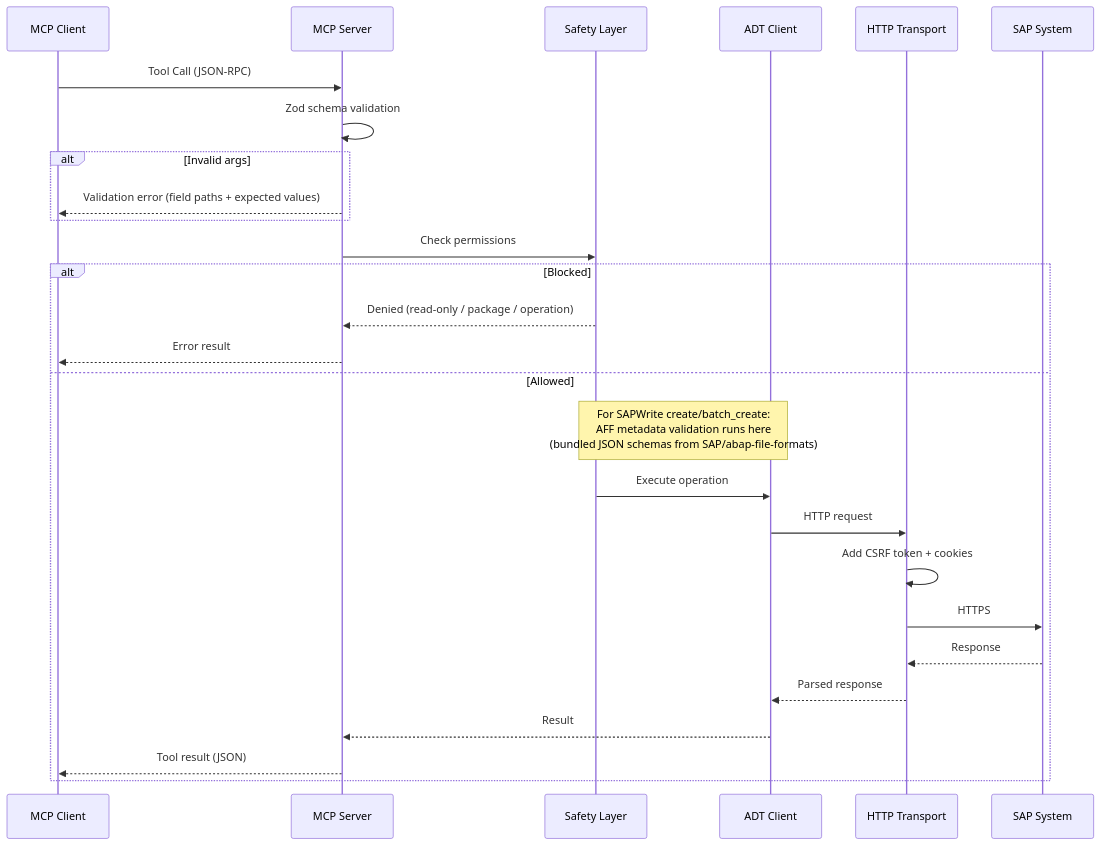
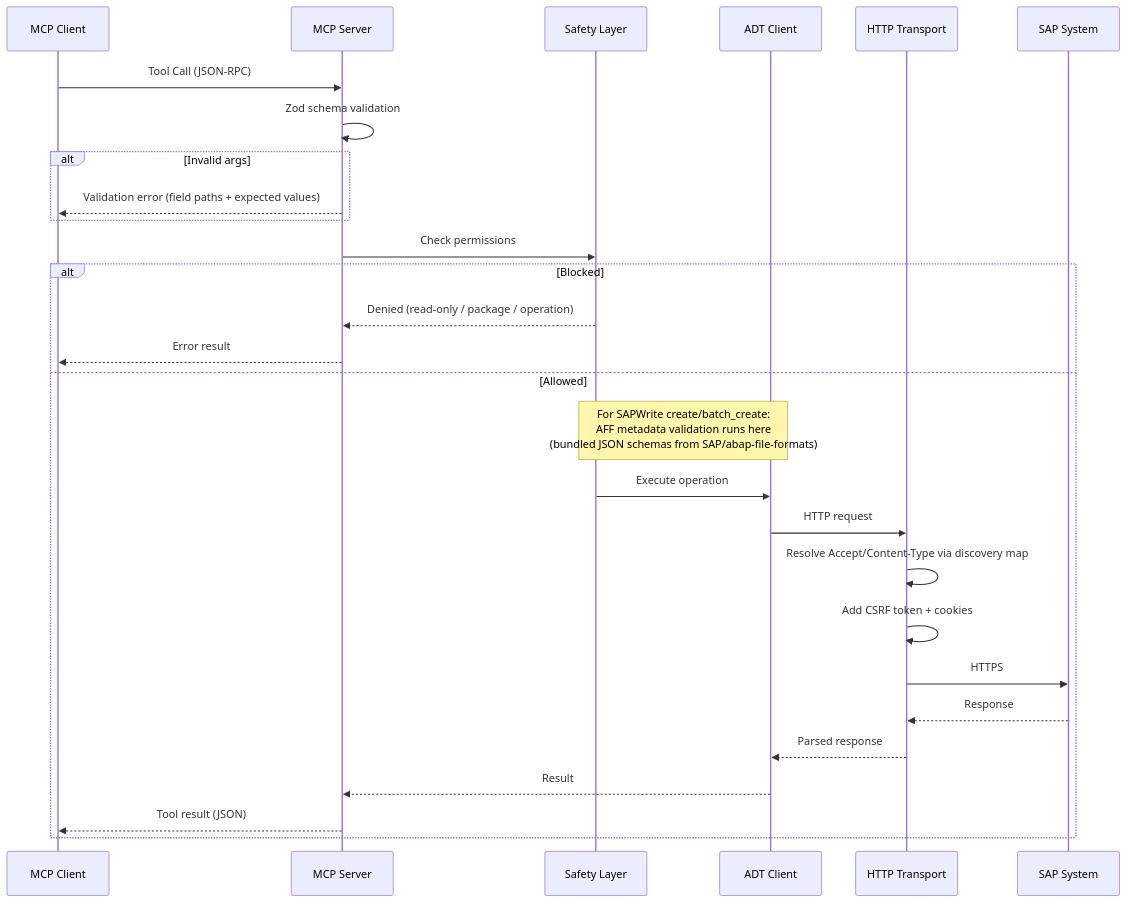
One commit to marianfoo/arc-1 changed the second of 7 diagrams in docs/architecture.md. Above: the diagram before and after it, drawn with Mermaid. The commit also changed other lines of this file and 17 other files, not shown here.

````diff
--- a/docs/architecture.md
+++ b/docs/architecture.md
@@ -79,31 +79,32 @@
 ```mermaid
 sequenceDiagram
     participant Client as MCP Client
     participant Server as MCP Server
     participant Safety as Safety Layer
     participant ADT as ADT Client
     participant HTTP as HTTP Transport
     participant SAP as SAP System
 
     Client->>Server: Tool Call (JSON-RPC)
     Server->>Server: Zod schema validation
     alt Invalid args
         Server-->>Client: Validation error (field paths + expected values)
     end
     Server->>Safety: Check permissions
 
     alt Blocked
         Safety-->>Server: Denied (read-only / package / operation)
         Server-->>Client: Error result
     else Allowed
         Note over Safety,ADT: For SAPWrite create/batch_create:<br/>AFF metadata validation runs here<br/>(bundled JSON schemas from SAP/abap-file-formats)
         Safety->>ADT: Execute operation
         ADT->>HTTP: HTTP request
+        HTTP->>HTTP: Resolve Accept/Content-Type via discovery map
         HTTP->>HTTP: Add CSRF token + cookies
         HTTP->>SAP: HTTPS
         SAP-->>HTTP: Response
         HTTP-->>ADT: Parsed response
         ADT-->>Server: Result
         Server-->>Client: Tool result (JSON)
     end
 ```
````
